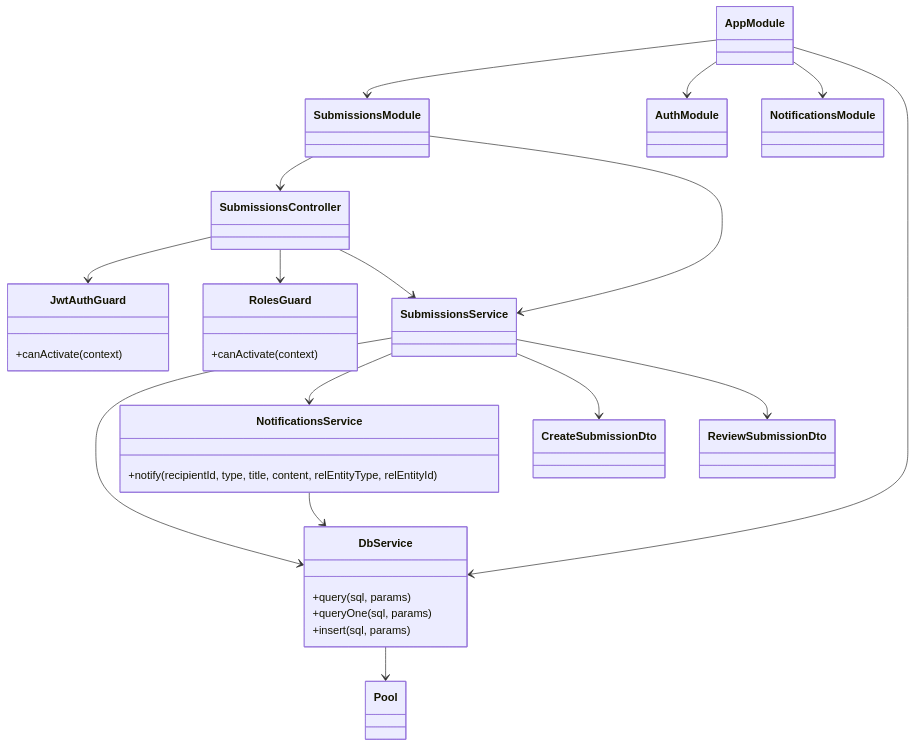
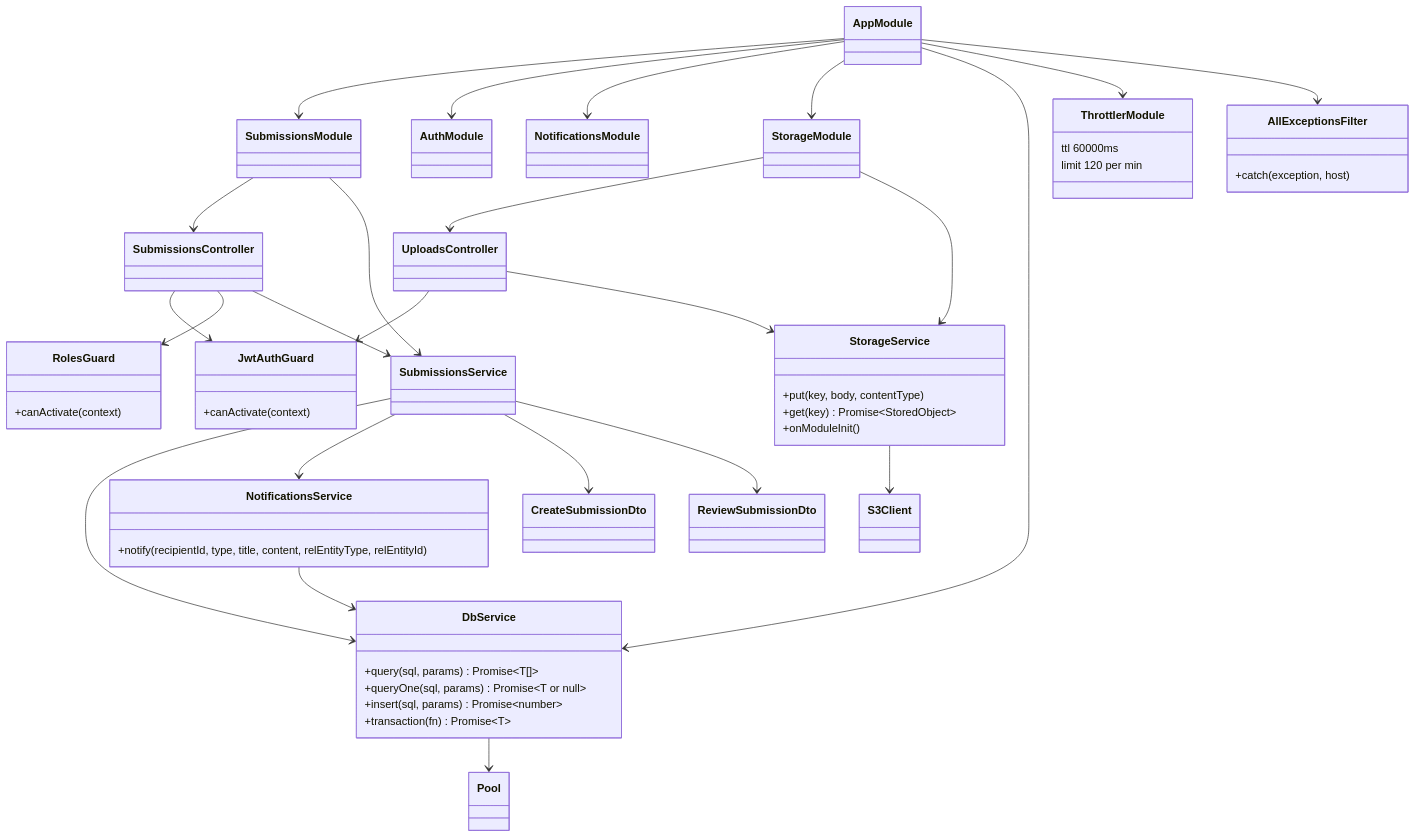
One commit to zun3007/Manga-Creation-Workflow-and-Publishing-Management-System changed the first of 7 diagrams in documents/04-diagrams/04-class-diagrams.md. Above: the diagram before and after it, drawn with Mermaid. The commit also changed other lines of this file and 20 other files, not shown here.

First line of the commit message:
docs: sync all documentation to current code + fix 11 diagram render bugs

````diff
--- a/documents/04-diagrams/04-class-diagrams.md
+++ b/documents/04-diagrams/04-class-diagrams.md
@@ -7,30 +7,50 @@
 ```mermaid
 classDiagram
   AppModule --> SubmissionsModule
   AppModule --> AuthModule
   AppModule --> NotificationsModule
+  AppModule --> StorageModule
   AppModule --> DbService
+  AppModule --> ThrottlerModule
+  AppModule --> AllExceptionsFilter
   
   SubmissionsModule --> SubmissionsController
   SubmissionsModule --> SubmissionsService
   
+  StorageModule --> UploadsController
+  StorageModule --> StorageService
+  
   SubmissionsController --> JwtAuthGuard
   SubmissionsController --> RolesGuard
   SubmissionsController --> SubmissionsService
+  
+  UploadsController --> JwtAuthGuard
+  UploadsController --> StorageService
   
   SubmissionsService --> DbService
   SubmissionsService --> NotificationsService
   SubmissionsService --> CreateSubmissionDto
   SubmissionsService --> ReviewSubmissionDto
   
+  StorageService --> S3Client
+  StorageService : +put(key, body, contentType)
+  StorageService : +get(key) Promise~StoredObject~
+  StorageService : +onModuleInit()
+  
   DbService --> Pool
-  DbService : +query<T>(sql, params)
-  DbService : +queryOne<T>(sql, params)
-  DbService : +insert(sql, params)
+  DbService : +query(sql, params) Promise~T[]~
+  DbService : +queryOne(sql, params) Promise~T or null~
+  DbService : +insert(sql, params) Promise~number~
+  DbService : +transaction(fn) Promise~T~
   
   NotificationsService --> DbService
   NotificationsService : +notify(recipientId, type, title, content, relEntityType, relEntityId)
   
+  ThrottlerModule : ttl 60000ms
+  ThrottlerModule : limit 120 per min
+  
+  AllExceptionsFilter : +catch(exception, host)
+  
   JwtAuthGuard : +canActivate(context)
   RolesGuard : +canActivate(context)
 ```
````
